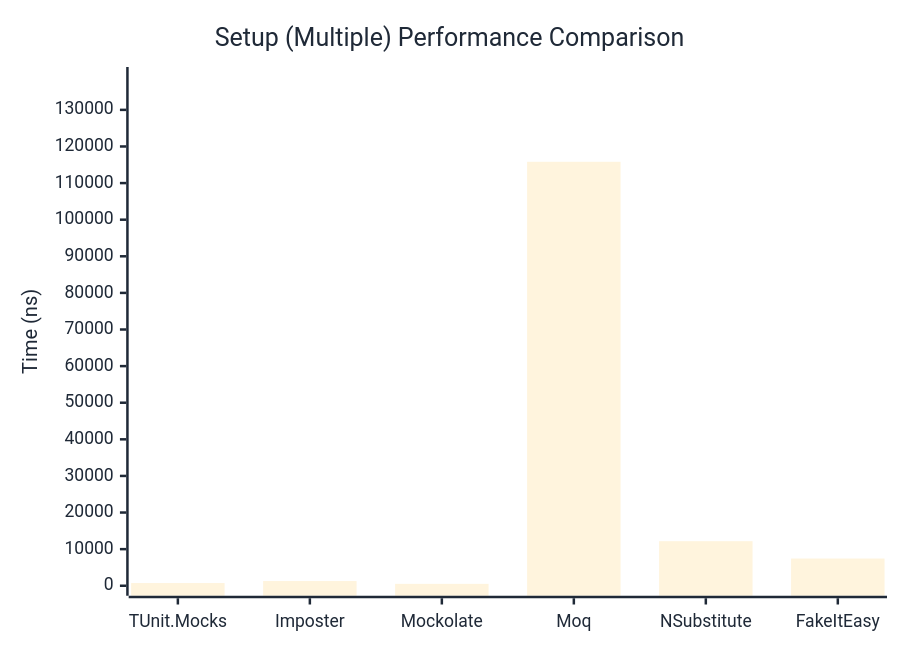
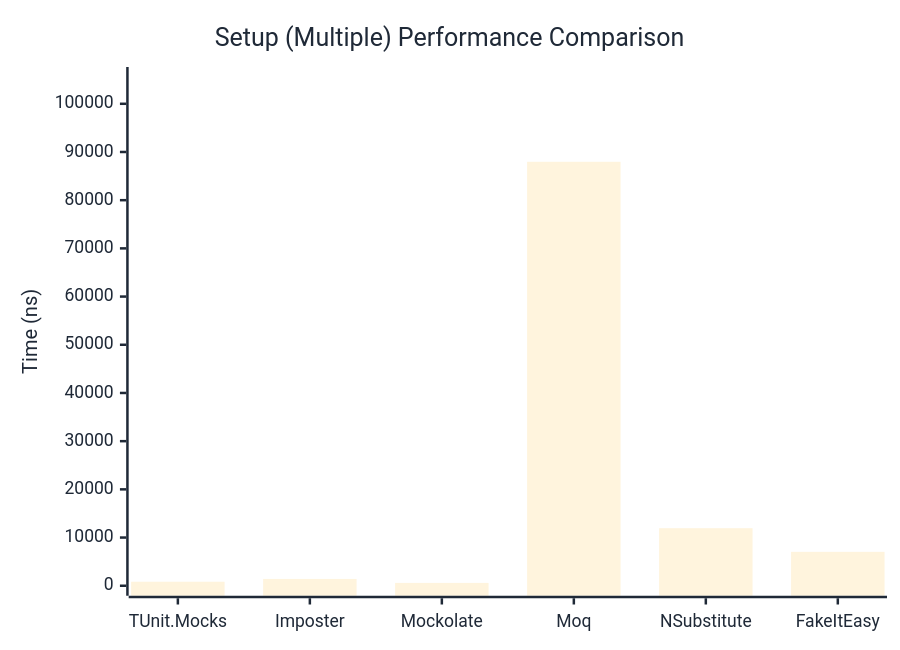
Before and after one commit to thomhurst/TUnit: the second of 2 diagrams in docs/docs/benchmarks/mocks/Setup.md, drawn with Mermaid. The commit also changed other lines of this file and 14 other files, not shown here.

````diff
--- a/docs/docs/benchmarks/mocks/Setup.md
+++ b/docs/docs/benchmarks/mocks/Setup.md
@@ -71,27 +71,27 @@
 ```mermaid
 %%{init: {
   'theme':'base',
   'themeVariables': {
     'primaryColor': '#2563eb',
     'primaryTextColor': '#1f2937',
     'primaryBorderColor': '#1e40af',
     'lineColor': '#6b7280',
     'secondaryColor': '#7c3aed',
     'tertiaryColor': '#dc2626',
     'background': '#ffffff',
     'pie1': '#2563eb',
     'pie2': '#7c3aed',
     'pie3': '#dc2626',
     'pie4': '#f59e0b',
     'pie5': '#10b981',
     'pie6': '#06b6d4',
     'pie7': '#ec4899',
     'pie8': '#6366f1'
   }
 }}%%
 xychart-beta
   title "Setup (Multiple) Performance Comparison"
   x-axis ["TUnit.Mocks", "Imposter", "Mockolate", "Moq", "NSubstitute", "FakeItEasy"]
-  y-axis "Time (ns)" 0 --> 138979
-  bar [734.8, 1284.9, 521.3, 115815.6, 12172.9, 7432]
+  y-axis "Time (ns)" 0 --> 105558
+  bar [831.7, 1416.9, 590.2, 87964.9, 11943.4, 7036.4]
 ```
````
